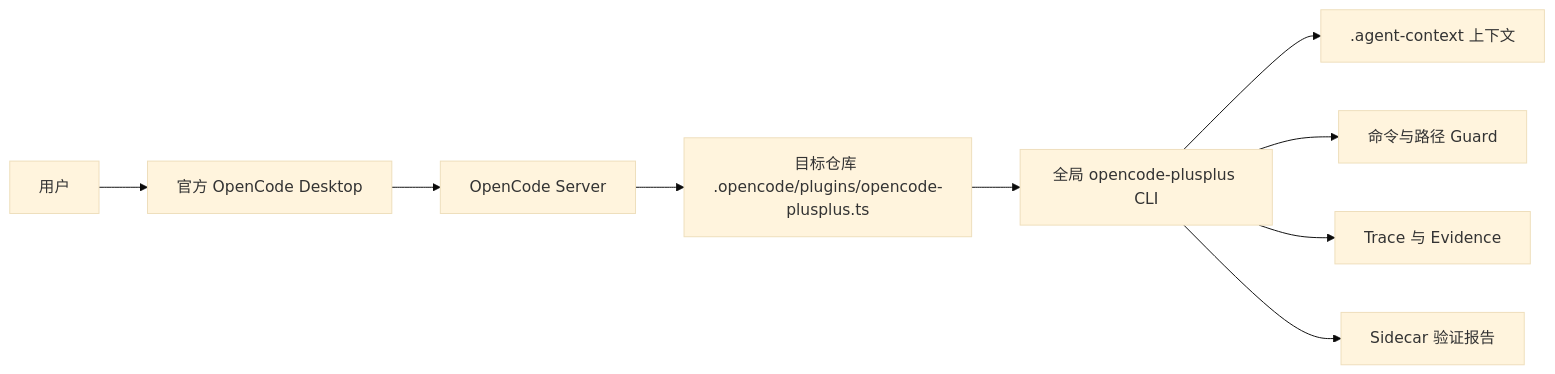
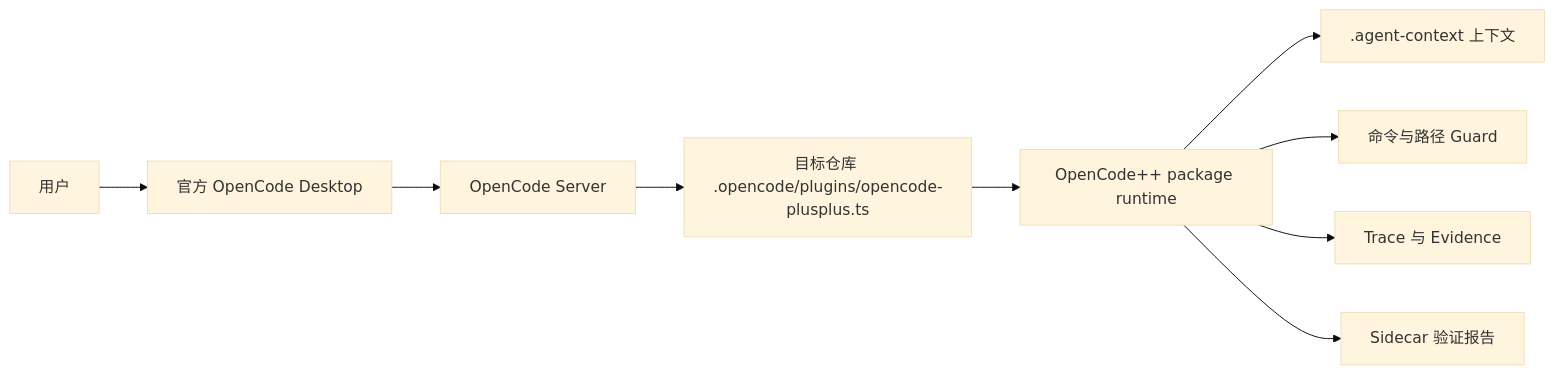
Before and after one commit to whut09/Repo-to-Agent-Context: the diagram in docs/integrations/opencode-desktop.zh-CN.md, drawn with Mermaid (base theme). The commit also changed other lines of this file and 7 other files, not shown here.

````diff
--- a/docs/integrations/opencode-desktop.zh-CN.md
+++ b/docs/integrations/opencode-desktop.zh-CN.md
@@ -12,11 +34,11 @@
 ```mermaid
 flowchart LR
   User["用户"] --> Desktop["官方 OpenCode Desktop"]
   Desktop --> Server["OpenCode Server"]
   Server --> Plugin["目标仓库 .opencode/plugins/opencode-plusplus.ts"]
-  Plugin --> CLI["全局 opencode-plusplus CLI"]
+  Plugin --> CLI["OpenCode++ package runtime"]
   CLI --> Context[".agent-context 上下文"]
   CLI --> Guards["命令与路径 Guard"]
   CLI --> Evidence["Trace 与 Evidence"]
   CLI --> Report["Sidecar 验证报告"]
 ```
````
